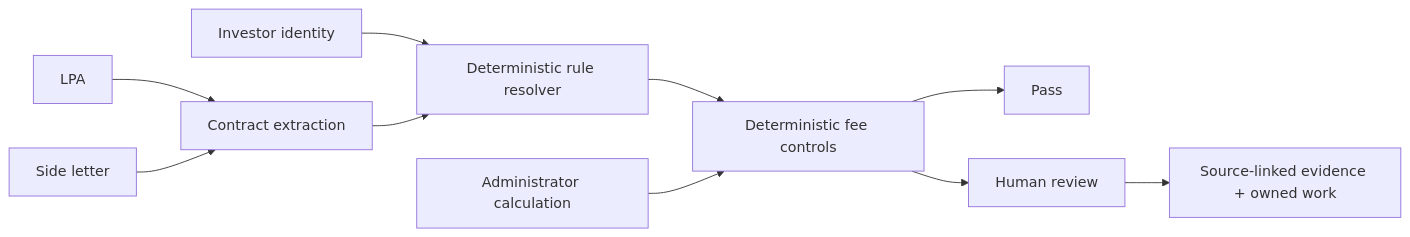
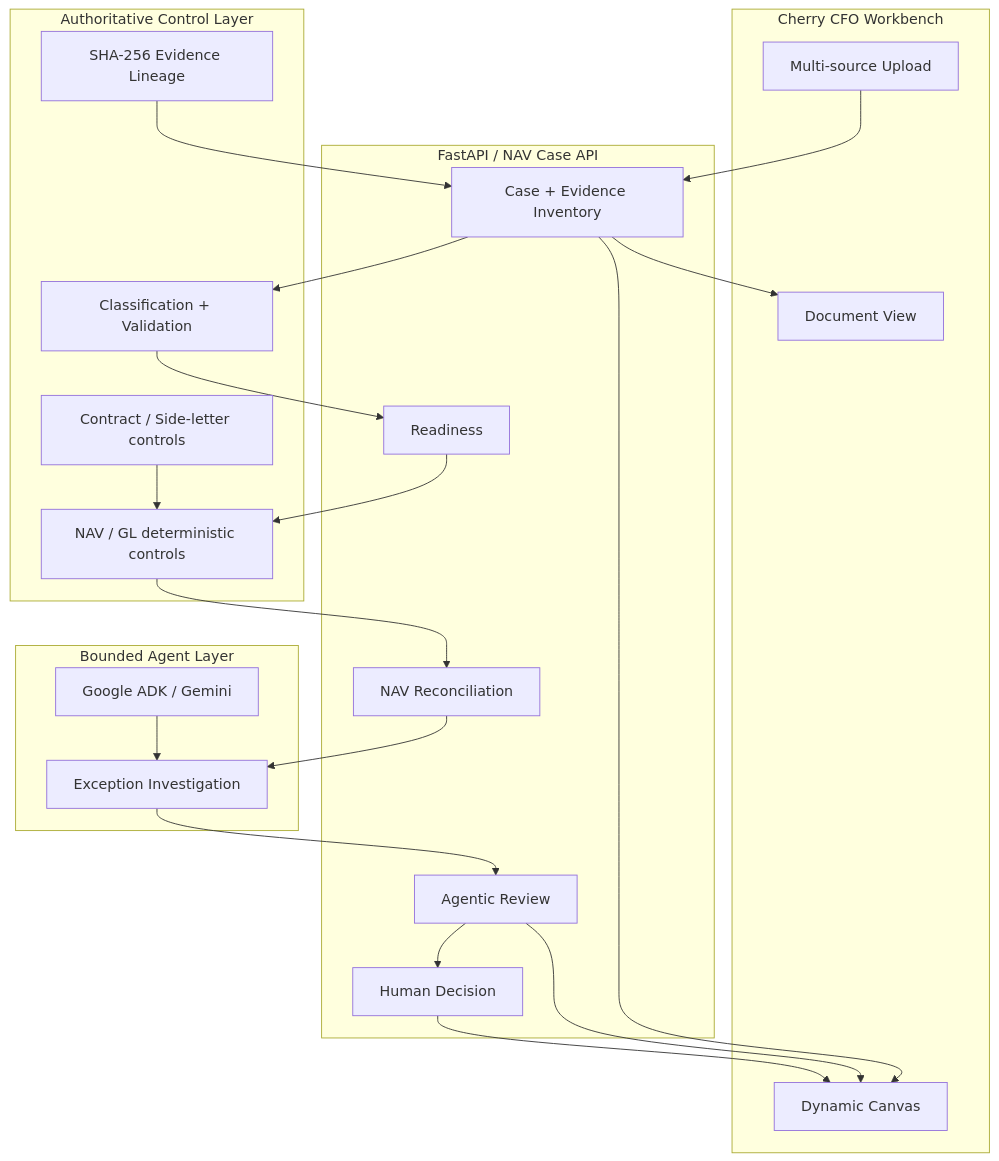
Before and after one commit to sohamtech-uk/cherry-agentic-finops: the second of 2 diagrams in README.md, drawn with Mermaid. The commit also changed other lines of this file and 11 other files, not shown here.

````diff
--- a/README.md
+++ b/README.md
@@ -104,12 +118,44 @@
 ```mermaid
-flowchart LR
-  L[LPA] --> X[Contract extraction]
-  S[Side letter] --> X
-  I[Investor identity] --> R[Deterministic rule resolver]
-  X --> R
-  R --> C[Deterministic fee controls]
-  A[Administrator calculation] --> C
-  C --> P[Pass]
-  C --> H[Human review]
-  H --> E[Source-linked evidence + owned work]
+flowchart TB
+    subgraph Browser[Cherry CFO Workbench]
+        CANVAS[Dynamic Canvas]
+        DOC[Document View]
+        UPLOAD[Multi-source Upload]
+    end
+
+    subgraph API[FastAPI / NAV Case API]
+        CASE[Case + Evidence Inventory]
+        READY[Readiness]
+        RECON[NAV Reconciliation]
+        REVIEW[Agentic Review]
+        DECISION[Human Decision]
+    end
+
+    subgraph Controls[Authoritative Control Layer]
+        CLASSIFY[Classification + Validation]
+        NAV[NAV / GL deterministic controls]
+        CONTRACT[Contract / Side-letter controls]
+        HASH[SHA-256 Evidence Lineage]
+    end
+
+    subgraph Agents[Bounded Agent Layer]
+        ADK[Google ADK / Gemini]
+        INVEST[Exception Investigation]
+    end
+
+    UPLOAD --> CASE
+    CASE --> CLASSIFY
+    CLASSIFY --> READY
+    READY --> NAV
+    NAV --> RECON
+    RECON --> INVEST
+    ADK --> INVEST
+    INVEST --> REVIEW
+    REVIEW --> DECISION
+    CONTRACT --> NAV
+    HASH --> CASE
+    CASE --> CANVAS
+    REVIEW --> CANVAS
+    DECISION --> CANVAS
+    CASE --> DOC
 ```
````
